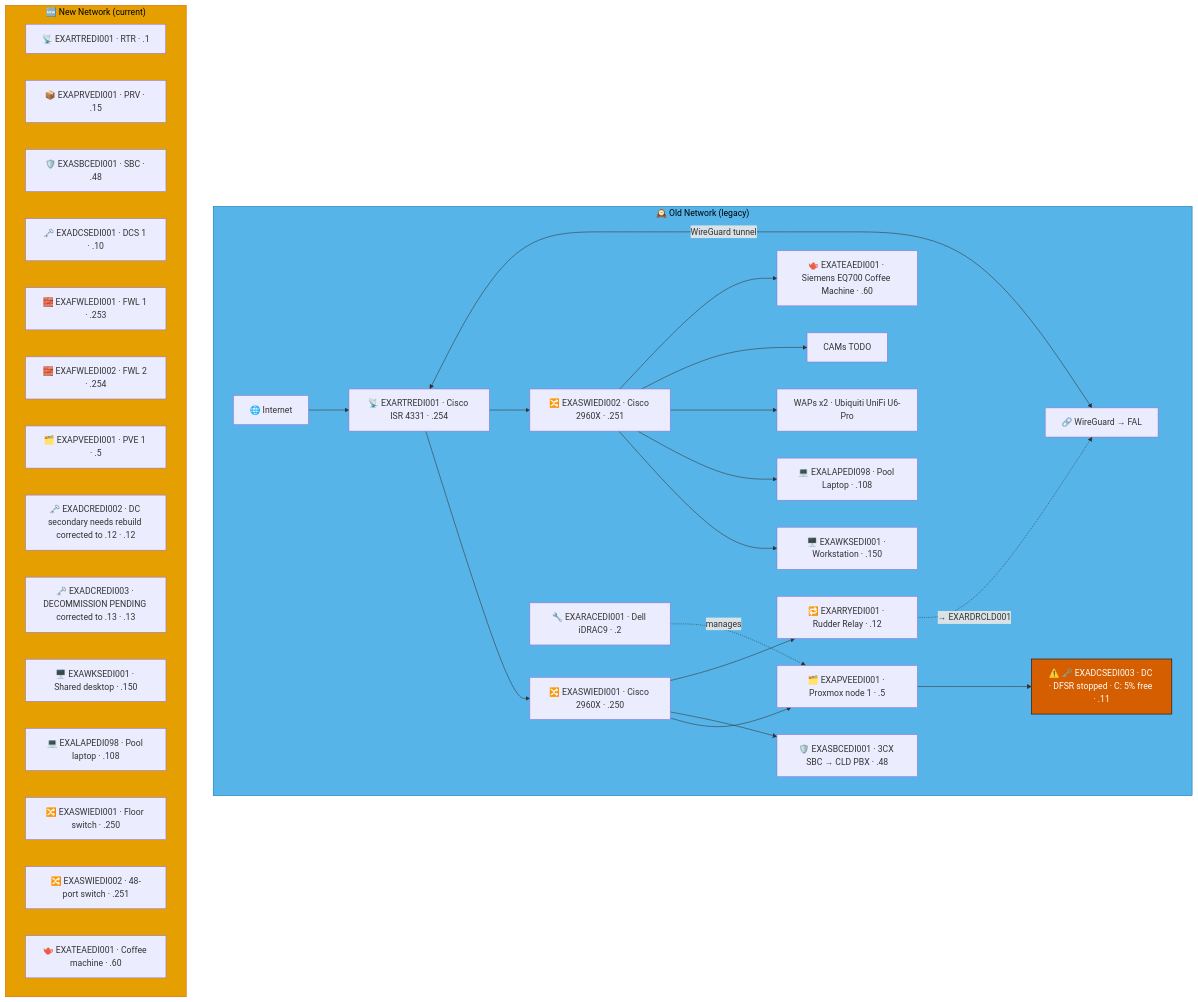
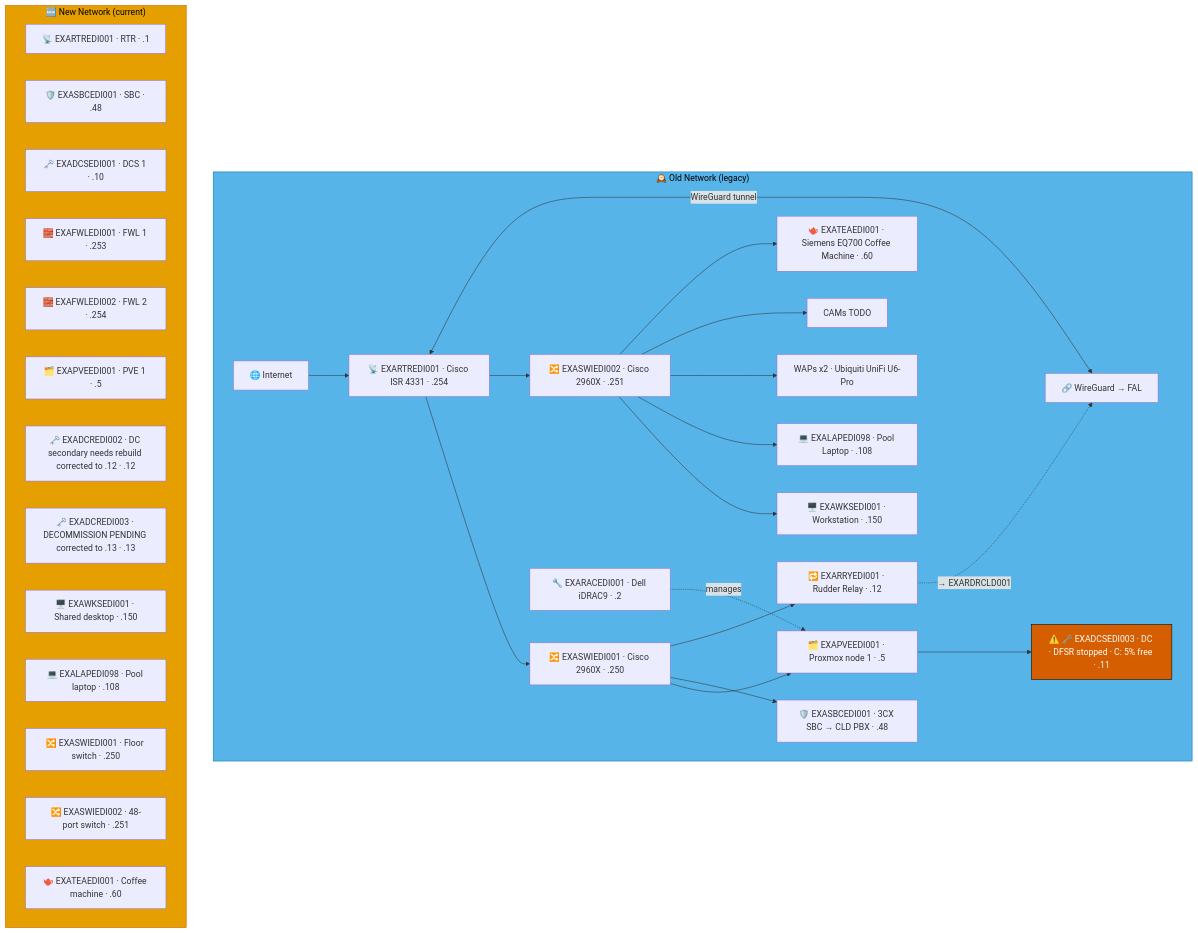
One commit to knightmare2600/example_music_infra changed the second of 7 diagrams in docs/network-diagram/scotland.md. Above: the diagram before and after it, drawn with Mermaid. The commit also changed other lines of this file and 55 other files, not shown here.

````diff
--- a/docs/network-diagram/scotland.md
+++ b/docs/network-diagram/scotland.md
@@ -177,52 +175,51 @@
 ```mermaid
 graph TD
     subgraph OLD_EDI ["🕰️ Old Network (legacy)"]
       INET["🌐 Internet"]
       RTR["📡 EXARTREDI001 · Cisco ISR 4331 · .254"]
       SW1["🔀 EXASWIEDI001 · Cisco 2960X · .250"]
       SW2["🔀 EXASWIEDI002 · Cisco 2960X · .251"]
       RAC["🔧 EXARACEDI001 · Dell iDRAC9 · .2"]
       PVE["🗂️ EXAPVEEDI001 · Proxmox node 1 · .5"]
       DC["⚠️ 🗝️ EXADCSEDI003 · DC · DFSR stopped · C: 5% free · .11"]
       SBC["🛡️ EXASBCEDI001 · 3CX SBC → CLD PBX · .48"]
       RRY["🔁 EXARRYEDI001 · Rudder Relay · .12"]
       WKS["🖥️ EXAWKSEDI001 · Workstation · .150"]
       LAP["💻 EXALAPEDI098 · Pool Laptop · .108"]
       WAP["WAPs x2 · Ubiquiti UniFi U6-Pro"]
       CAM["CAMs TODO"]
       COF["🫖 EXATEAEDI001 · Siemens EQ700 Coffee Machine · .60"]
       VPN["🔗 WireGuard → FAL"]
 
       INET --> RTR --> SW1 & SW2
       SW1 --> PVE --> DC
       SW1 --> SBC
       RAC -.->|"manages"| PVE
       SW2 --> WKS & LAP & WAP & CAM & COF
       RTR <-->|"WireGuard tunnel"| VPN
 
       SW1 --> RRY
       RRY -. "→ EXARDRCLD001" .-> VPN
     end
     style OLD_EDI fill:#56B4E9,stroke:#0072B2,color:#000000
     %% GENERATED:NEW-NETWORK:EDI:START
     subgraph NEW_EDI ["🆕 New Network (current)"]
       N_RTR["📡 EXARTREDI001 · RTR · .1"]
-      N_PRV["📦 EXAPRVEDI001 · PRV · .15"]
       N_SBC["🛡️ EXASBCEDI001 · SBC · .48"]
       N_DCS["🗝️ EXADCSEDI001 · DCS 1 · .10"]
       N_FWL["🧱 EXAFWLEDI001 · FWL 1 · .253"]
       N_FWL2["🧱 EXAFWLEDI002 · FWL 2 · .254"]
       N_PVE["🗂️ EXAPVEEDI001 · PVE 1 · .5"]
       N_DCR["🗝️ EXADCREDI002 · DC secondary needs rebuild corrected to .12 · .12"]
       N_DCR2["🗝️ EXADCREDI003 · DECOMMISSION PENDING corrected to .13 · .13"]
       N_WKS["🖥️ EXAWKSEDI001 · Shared desktop · .150"]
       N_LAP["💻 EXALAPEDI098 · Pool laptop · .108"]
       N_SWI["🔀 EXASWIEDI001 · Floor switch · .250"]
       N_SWI2["🔀 EXASWIEDI002 · 48-port switch · .251"]
       N_TEA["🫖 EXATEAEDI001 · Coffee machine · .60"]
     end
     style NEW_EDI fill:#E69F00,stroke:#D55E00,color:#000000
     %% GENERATED:NEW-NETWORK:EDI:END
     classDef warn fill:#D55E00,stroke:#000000,color:#ffffff
     class DC warn
 ```
````
